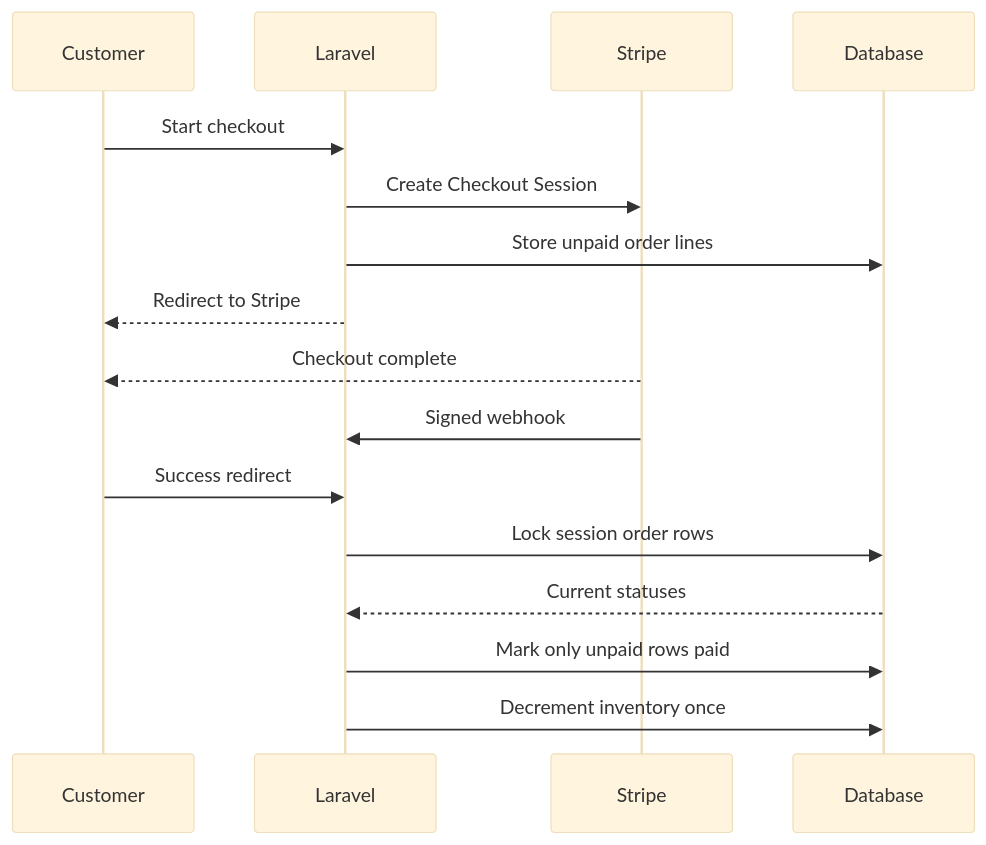
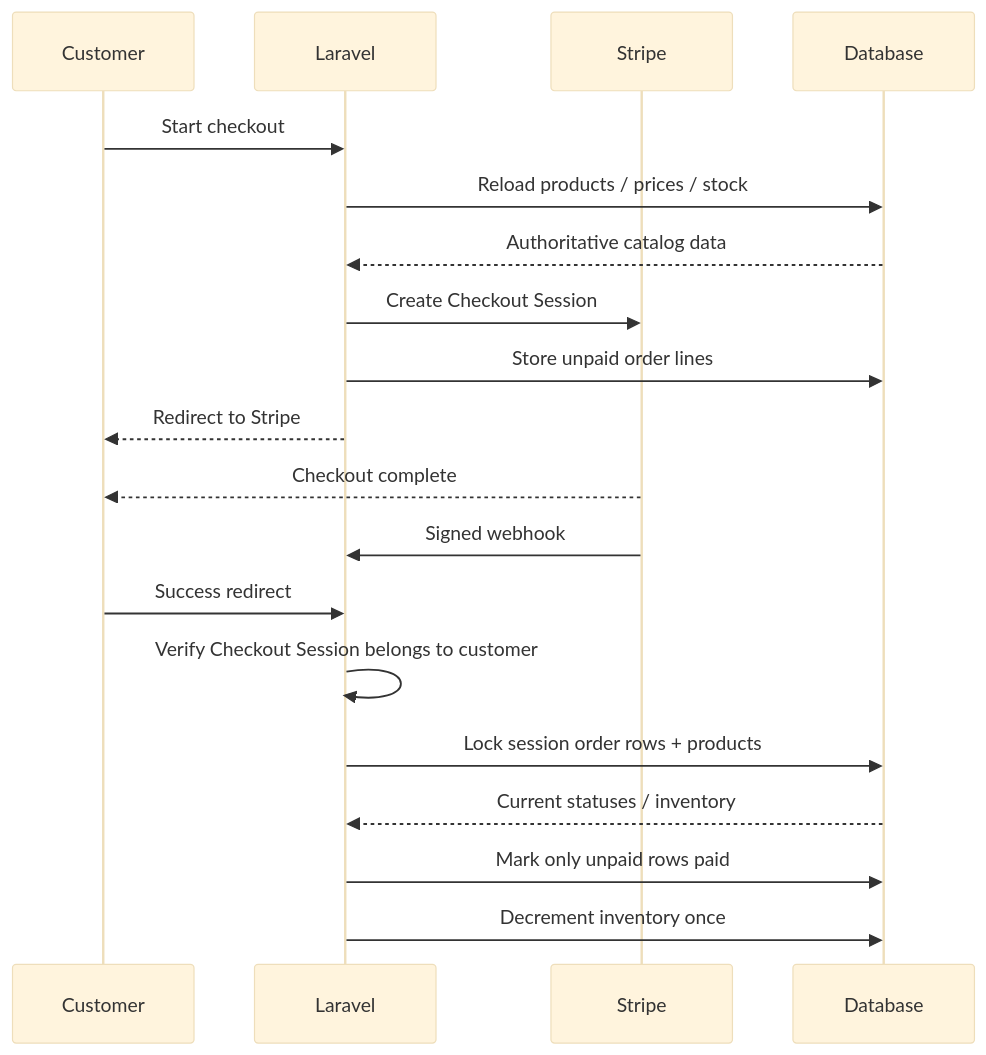
One commit to DagemawiDeveloper/Boldinone changed the second of 2 diagrams in docs/PAYMENT-FLOW.md. Above: the diagram before and after it, drawn with Mermaid (base theme). The commit also changed other lines of this file, not shown here.

Commit message:
docs: document authoritative pricing and checkout ownership

````diff
--- a/docs/PAYMENT-FLOW.md
+++ b/docs/PAYMENT-FLOW.md
@@ -22,19 +36,22 @@
 ```mermaid
 sequenceDiagram
     participant C as Customer
     participant L as Laravel
     participant S as Stripe
     participant D as Database
 
     C->>L: Start checkout
+    L->>D: Reload products / prices / stock
+    D-->>L: Authoritative catalog data
     L->>S: Create Checkout Session
     L->>D: Store unpaid order lines
     L-->>C: Redirect to Stripe
     S-->>C: Checkout complete
     S->>L: Signed webhook
     C->>L: Success redirect
-    L->>D: Lock session order rows
-    D-->>L: Current statuses
+    L->>L: Verify Checkout Session belongs to customer
+    L->>D: Lock session order rows + products
+    D-->>L: Current statuses / inventory
     L->>D: Mark only unpaid rows paid
     L->>D: Decrement inventory once
 ```
````
